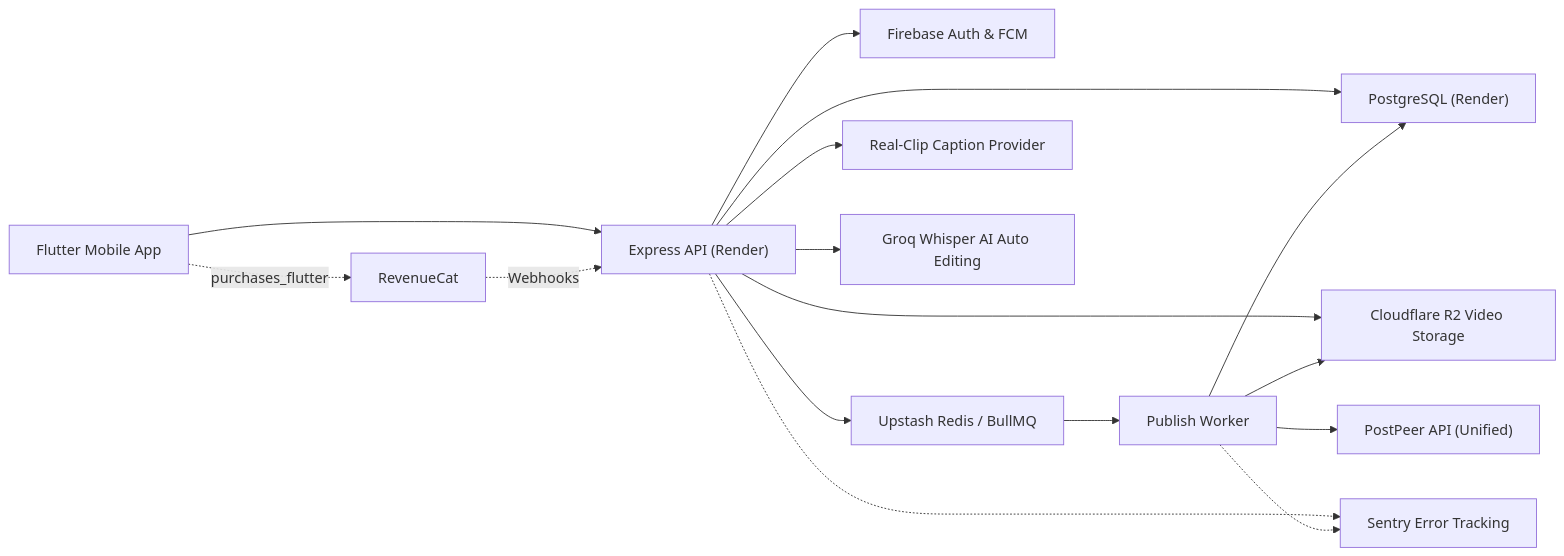
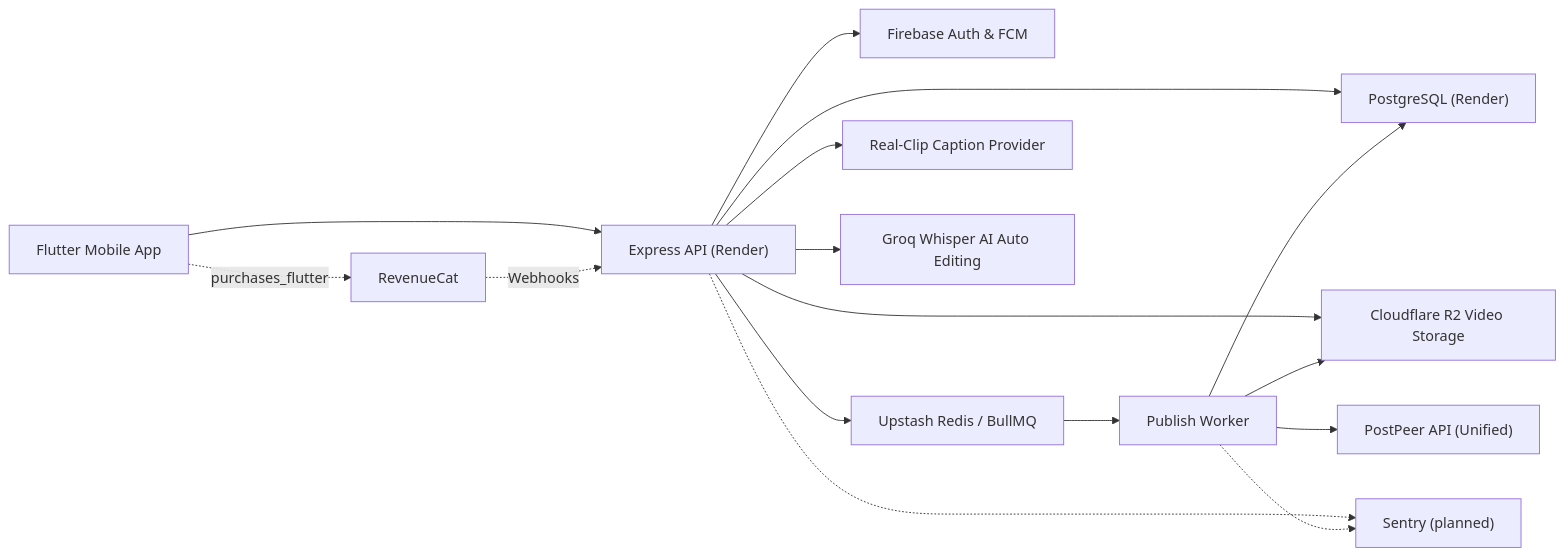
The first of 7 diagrams in ARCHITECTURE.md (NOI56/PostDeeMobile), drawn with Mermaid before and after one commit. The commit also changed other lines of this file and 9 other files, not shown here.

````diff
--- a/ARCHITECTURE.md
+++ b/ARCHITECTURE.md
@@ -31,18 +31,18 @@
 ```mermaid
 flowchart LR
   Mobile["Flutter Mobile App"] --> API["Express API (Render)"]
   Mobile -.->|purchases_flutter| RC["RevenueCat"]
   RC -.->|Webhooks| API
   API --> Auth["Firebase Auth & FCM"]
   API --> DB["PostgreSQL (Render)"]
   API --> Storage["Cloudflare R2 Video Storage"]
   API --> Queue["Upstash Redis / BullMQ"]
   API --> Captions["Real-Clip Caption Provider"]
   API --> Editing["Groq Whisper AI Auto Editing"]
   Queue --> Worker["Publish Worker"]
   Worker --> Social["PostPeer API (Unified)"]
   Worker --> Storage
   Worker --> DB
-  API -.-> Sentry["Sentry Error Tracking"]
-  Worker -.-> Sentry
+  API -.-> PlannedSentry["Sentry (planned)"]
+  Worker -.-> PlannedSentry
 ```
````
